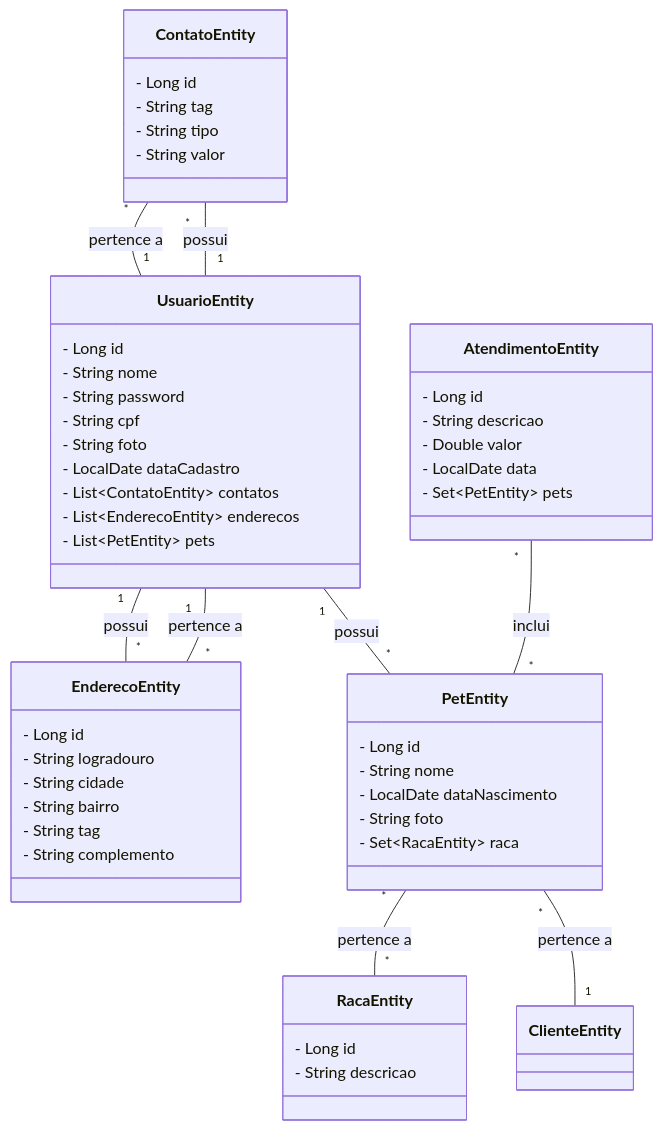
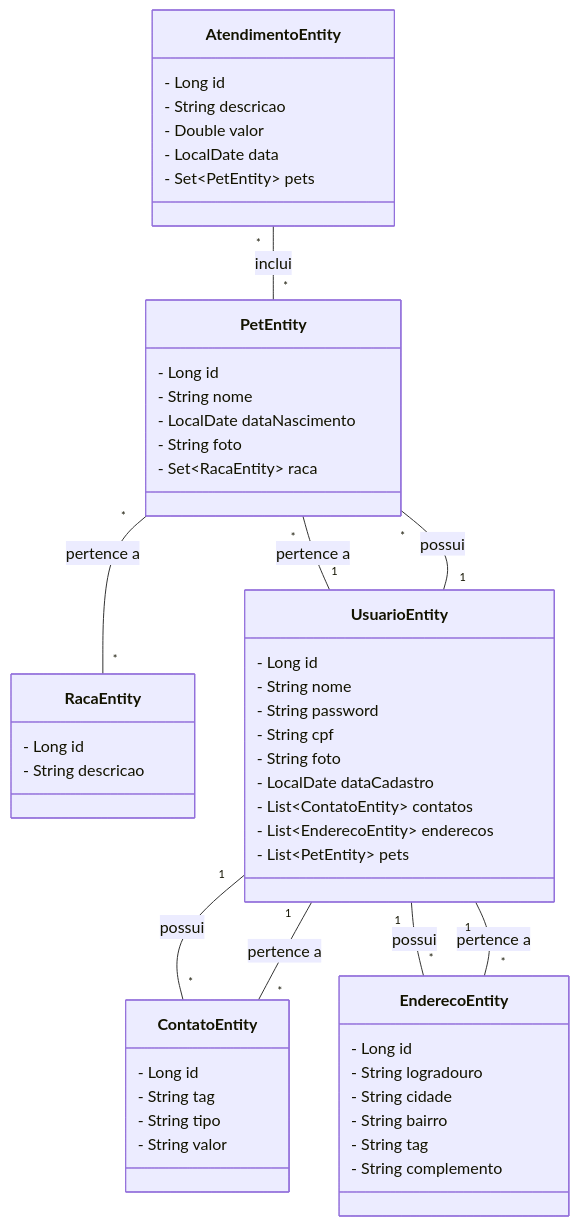
One commit to msofteng/sistema-controle-atendimento-petshop changed the diagram in README.md. Above: the diagram before and after it, drawn with Mermaid.

````diff
--- a/README.md
+++ b/README.md
@@ -20,62 +20,62 @@
 ```mermaid
 classDiagram
     %% Definindo classes
     class AtendimentoEntity {
         - Long id
         - String descricao
         - Double valor
         - LocalDate data
         - Set~PetEntity~ pets
     }
 
     class ContatoEntity {
         - Long id
         - String tag
         - String tipo
         - String valor
     }
 
     class EnderecoEntity {
         - Long id
         - String logradouro
         - String cidade
         - String bairro
         - String tag
         - String complemento
     }
 
     class PetEntity {
         - Long id
         - String nome
         - LocalDate dataNascimento
         - String foto
         - Set~RacaEntity~ raca
     }
 
     class RacaEntity {
         - Long id
         - String descricao
     }
 
     class UsuarioEntity {
         - Long id
         - String nome
         - String password
         - String cpf
         - String foto
         - LocalDate dataCadastro
         - List~ContatoEntity~ contatos
         - List~EnderecoEntity~ enderecos
         - List~PetEntity~ pets
     }
 
     %% Relacionamentos
     UsuarioEntity "1" -- "*" ContatoEntity : possui
     UsuarioEntity "1" -- "*" EnderecoEntity : possui
     UsuarioEntity "1" -- "*" PetEntity : possui
     PetEntity "*" -- "*" RacaEntity : pertence a
     AtendimentoEntity "*" -- "*" PetEntity : inclui
     ContatoEntity "*" -- "1" UsuarioEntity : pertence a
     EnderecoEntity "*" -- "1" UsuarioEntity : pertence a
-    PetEntity "*" -- "1" ClienteEntity : pertence a
+    PetEntity "*" -- "1" UsuarioEntity : pertence a
 ```
````
